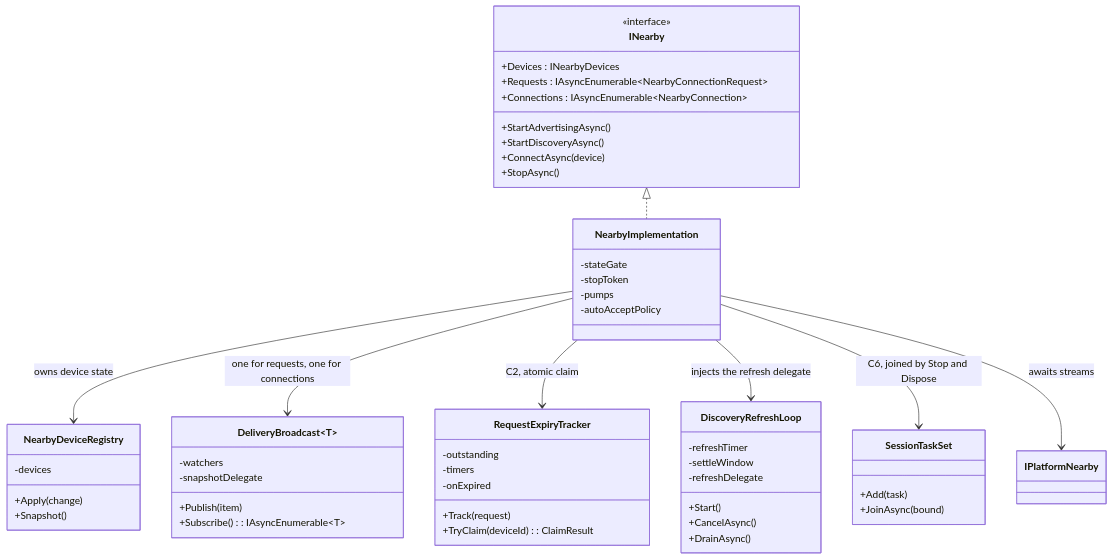
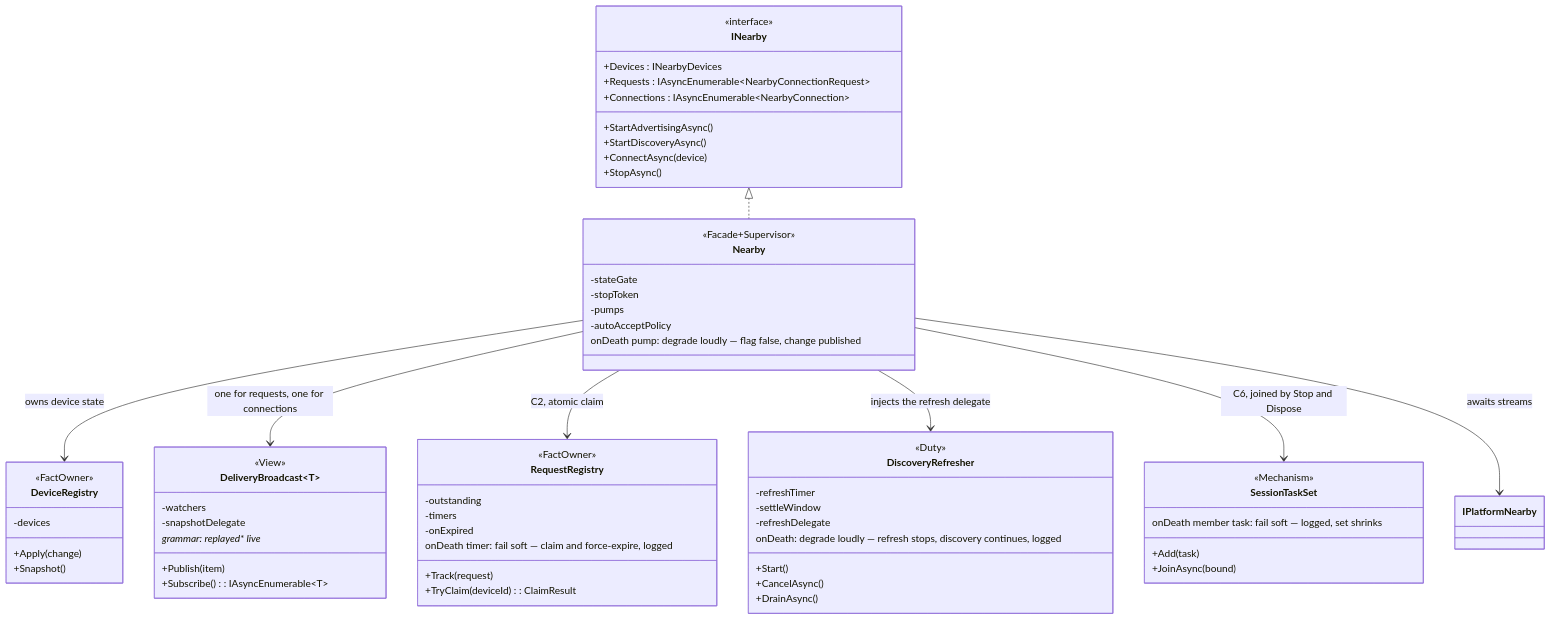
One commit to phunkeler/Plugin.Maui.NearbyConnections changed the fifth of 9 diagrams in docs/ARCHITECTURE.md. Above: the diagram before and after it, drawn with Mermaid. The commit also changed other lines of this file, not shown here.

Commit message:
architecture design doc

````diff
--- a/docs/ARCHITECTURE.md
+++ b/docs/ARCHITECTURE.md
@@ -512,56 +610,67 @@
 ```mermaid
 classDiagram
     class INearby {
         <<interface>>
         +Devices : INearbyDevices
         +Requests : IAsyncEnumerable~NearbyConnectionRequest~
         +Connections : IAsyncEnumerable~NearbyConnection~
         +StartAdvertisingAsync()
         +StartDiscoveryAsync()
         +ConnectAsync(device)
         +StopAsync()
     }
-    class NearbyImplementation {
+    class Nearby {
+        <<Facade+Supervisor>>
         -stateGate
         -stopToken
         -pumps
         -autoAcceptPolicy
+        onDeath pump: degrade loudly — flag false, change published
     }
-    class NearbyDeviceRegistry {
+    class DeviceRegistry {
+        <<FactOwner>>
         -devices
         +Apply(change)
         +Snapshot()
     }
     class DeliveryBroadcast~T~ {
+        <<View>>
         -watchers
         -snapshotDelegate
         +Publish(item)
         +Subscribe() : IAsyncEnumerable~T~
+        grammar: replayed* live*
     }
-    class RequestExpiryTracker {
+    class RequestRegistry {
+        <<FactOwner>>
         -outstanding
         -timers
         -onExpired
         +Track(request)
         +TryClaim(deviceId) : ClaimResult
+        onDeath timer: fail soft — claim and force-expire, logged
     }
-    class DiscoveryRefreshLoop {
+    class DiscoveryRefresher {
+        <<Duty>>
         -refreshTimer
         -settleWindow
         -refreshDelegate
         +Start()
         +CancelAsync()
         +DrainAsync()
+        onDeath: degrade loudly — refresh stops, discovery continues, logged
     }
     class SessionTaskSet {
+        <<Mechanism>>
         +Add(task)
         +JoinAsync(bound)
+        onDeath member task: fail soft — logged, set shrinks
     }
-    INearby <|.. NearbyImplementation
-    NearbyImplementation --> NearbyDeviceRegistry : owns device state
-    NearbyImplementation --> DeliveryBroadcast~T~ : one for requests, one for connections
-    NearbyImplementation --> RequestExpiryTracker : C2, atomic claim
-    NearbyImplementation --> DiscoveryRefreshLoop : injects the refresh delegate
-    NearbyImplementation --> SessionTaskSet : C6, joined by Stop and Dispose
-    NearbyImplementation --> IPlatformNearby : awaits streams
+    INearby <|.. Nearby
+    Nearby --> DeviceRegistry : owns device state
+    Nearby --> DeliveryBroadcast~T~ : one for requests, one for connections
+    Nearby --> RequestRegistry : C2, atomic claim
+    Nearby --> DiscoveryRefresher : injects the refresh delegate
+    Nearby --> SessionTaskSet : C6, joined by Stop and Dispose
+    Nearby --> IPlatformNearby : awaits streams
 ```
````
